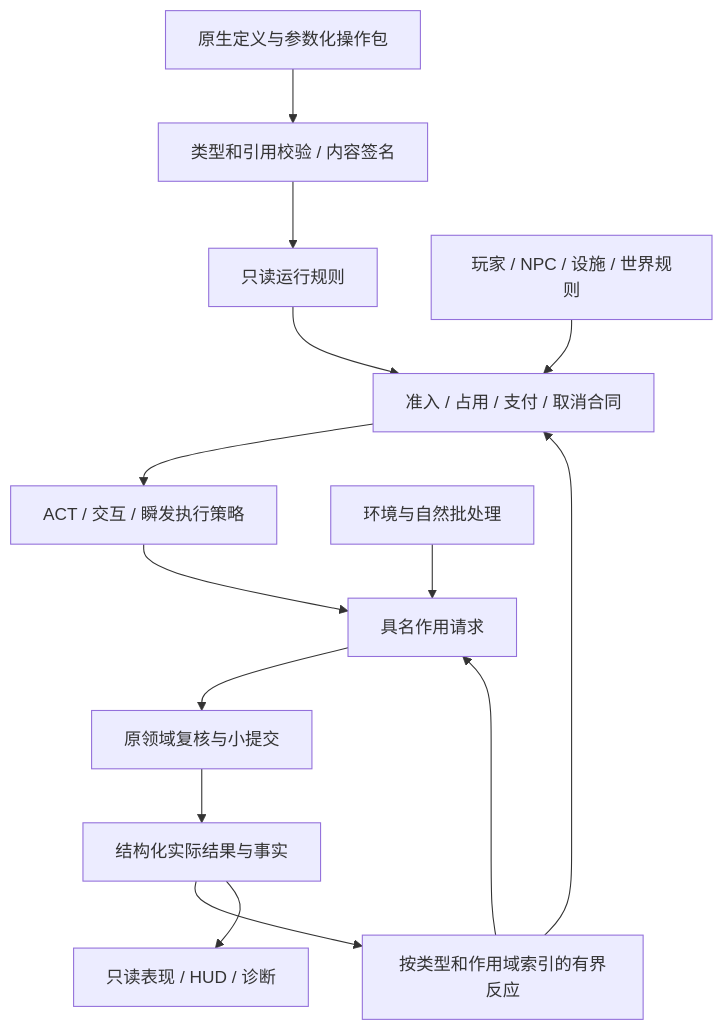
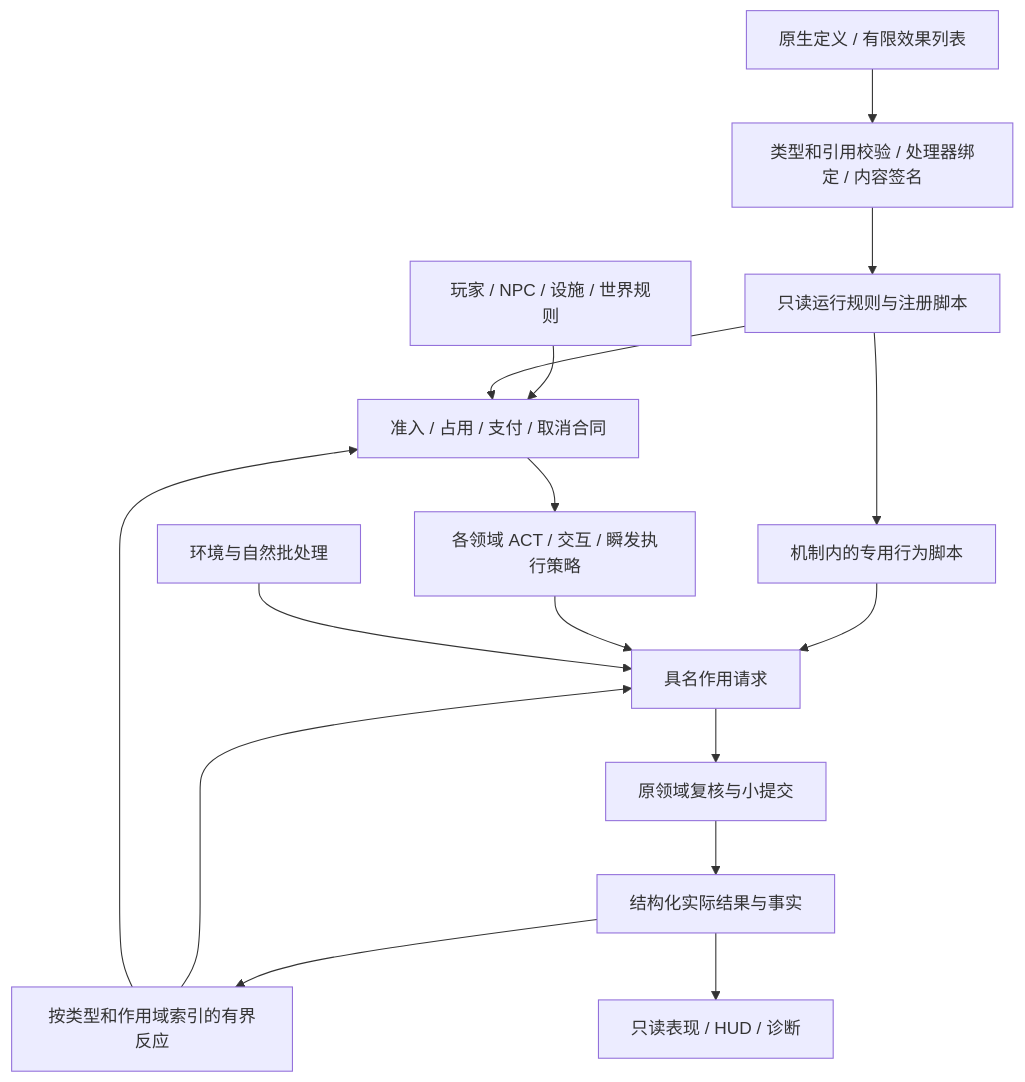
The diagram in design/systems/action_effect_framework.md (fewnfds/reol), drawn with Mermaid before and after one commit. The commit also changed other lines of this file and 7 other files, not shown here.

Commit message:
docs: clarify user intent and refine P4 capability architecture

````diff
--- a/design/systems/action_effect_framework.md
+++ b/design/systems/action_effect_framework.md
@@ -29,16 +29,18 @@
 ```mermaid
 flowchart TD
-    D[原生定义与参数化操作包] --> V[类型和引用校验 / 内容签名]
-    V --> R[只读运行规则]
+    D[原生定义 / 有限效果列表] --> V[类型和引用校验 / 处理器绑定 / 内容签名]
+    V --> R[只读运行规则与注册脚本]
     I[玩家 / NPC / 设施 / 世界规则] --> A[准入 / 占用 / 支付 / 取消合同]
     R --> A
-    A --> P[ACT / 交互 / 瞬发执行策略]
+    A --> P[各领域 ACT / 交互 / 瞬发执行策略]
+    R --> S[机制内的专用行为脚本]
+    S --> O
     P --> O[具名作用请求]
     B[环境与自然批处理] --> O
     O --> C[原领域复核与小提交]
     C --> F[结构化实际结果与事实]
     F --> T[按类型和作用域索引的有界反应]
     T --> O
     T --> A
     F --> U[只读表现 / HUD / 诊断]
 ```
````
